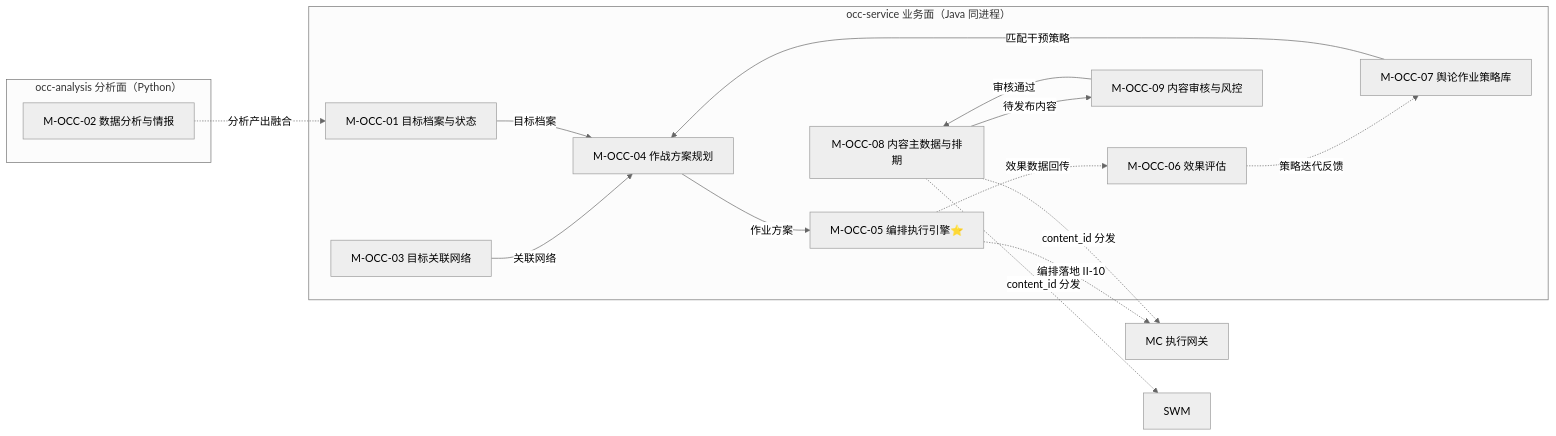
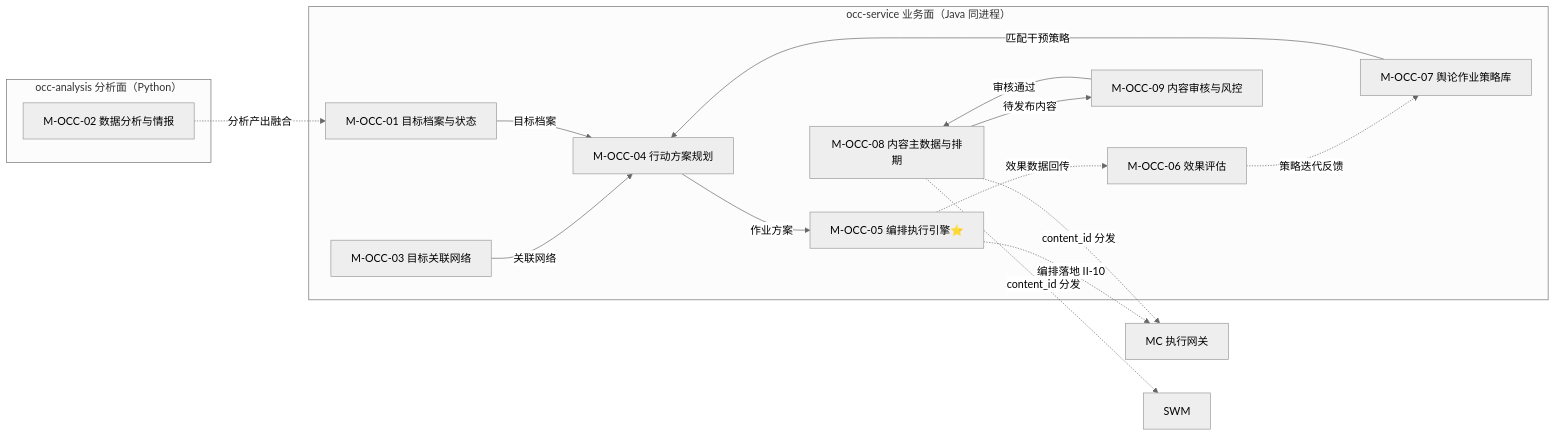
One commit to Sj-g/obsidian changed the second of 15 diagrams in 公司项目/认知作战/文档/软件详细设计说明-OCC子系统.md. Above: the diagram before and after it, drawn with Mermaid (neutral theme). The commit also changed other lines of this file and 9 other files, not shown here.

````diff
--- a/公司项目/认知作战/文档/软件详细设计说明-OCC子系统.md
+++ b/公司项目/认知作战/文档/软件详细设计说明-OCC子系统.md
@@ -154,28 +154,28 @@
 ```mermaid
 flowchart LR
     subgraph SVC["occ-service 业务面（Java 同进程）"]
         O1["M-OCC-01 目标档案与状态"]
         O3["M-OCC-03 目标关联网络"]
-        O4["M-OCC-04 作战方案规划"]
+        O4["M-OCC-04 行动方案规划"]
         O5["M-OCC-05 编排执行引擎⭐"]
         O6["M-OCC-06 效果评估"]
         O7["M-OCC-07 舆论作业策略库"]
         O8["M-OCC-08 内容主数据与排期"]
         O9["M-OCC-09 内容审核与风控"]
     end
     subgraph ANA["occ-analysis 分析面（Python）"]
         O2["M-OCC-02 数据分析与情报"]
     end
 
     O2 -.->|"分析产出融合"| O1
     O3 -->|"关联网络"| O4
     O7 -->|"匹配干预策略"| O4
     O1 -->|"目标档案"| O4
     O4 -->|"作业方案"| O5
     O8 -->|"待发布内容"| O9
     O9 -->|"审核通过"| O8
     O5 -.->|"编排落地 II-10"| MC["MC 执行网关"]
     O5 -.->|"效果数据回传"| O6
     O6 -.->|"策略迭代反馈"| O7
     O8 -.->|"content_id 分发"| SWM["SWM"] & MC
 ```
````
